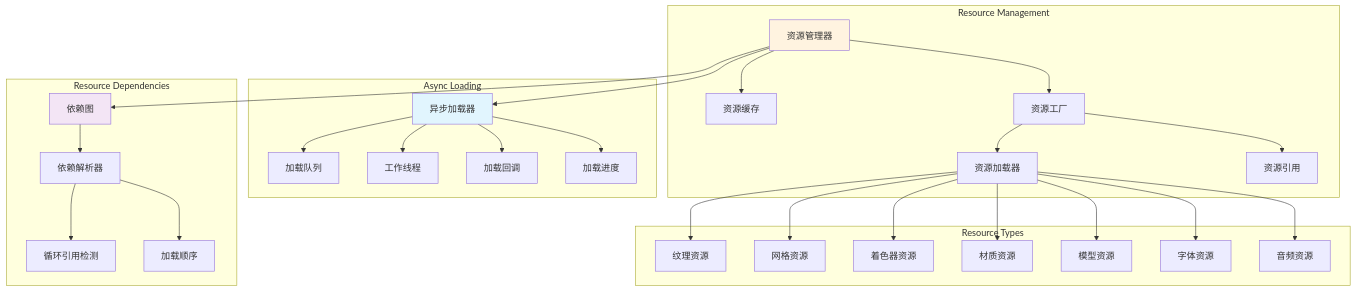
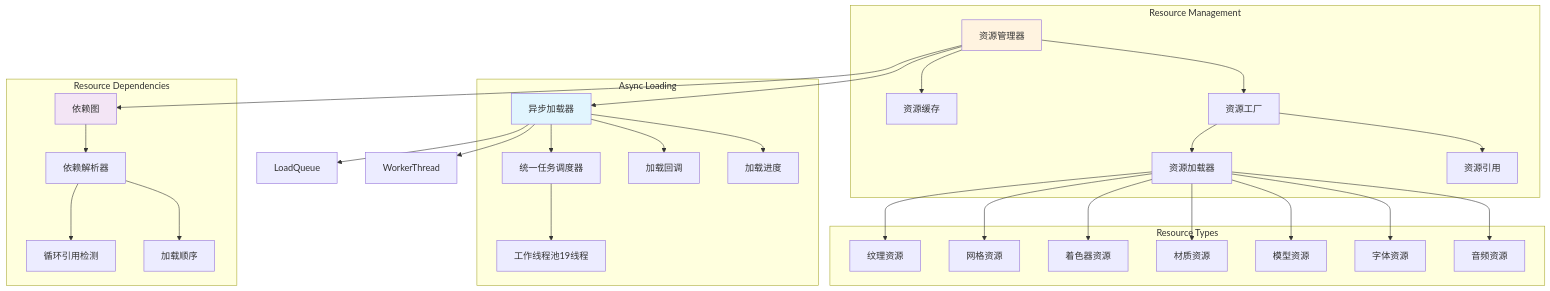
One commit to Linductor-alkaid/render changed the fourth of 12 diagrams in docs/PROJECT_STRUCTURE_DIAGRAM.md. Above: the diagram before and after it, drawn with Mermaid. The commit also changed other lines of this file and 6 other files, not shown here.

````diff
--- a/docs/PROJECT_STRUCTURE_DIAGRAM.md
+++ b/docs/PROJECT_STRUCTURE_DIAGRAM.md
@@ -311,64 +316,66 @@
 ```mermaid
 graph TB
     subgraph "Resource Management"
         ResourceManager[资源管理器]
         ResourceCache[资源缓存]
         ResourceFactory[资源工厂]
         ResourceLoader[资源加载器]
         ResourceRef[资源引用]
     end
 
     subgraph "Resource Types"
         TextureResource[纹理资源]
         MeshResource[网格资源]
         ShaderResource[着色器资源]
         MaterialResource[材质资源]
         ModelResource[模型资源]
         FontResource[字体资源]
         AudioResource[音频资源]
     end
 
     subgraph "Async Loading"
         AsyncLoader[异步加载器]
-        LoadQueue[加载队列]
-        WorkerThread[工作线程]
+        TaskScheduler[统一任务调度器]
         LoadCallback[加载回调]
         LoadProgress[加载进度]
+        
+        AsyncLoader --> TaskScheduler
+        TaskScheduler --> WorkerThreadPool[工作线程池19线程]
     end
 
     subgraph "Resource Dependencies"
         DependencyGraph[依赖图]
         DependencyResolver[依赖解析器]
         CircularReferenceDetector[循环引用检测]
         LoadOrder[加载顺序]
     end
 
     ResourceManager --> ResourceCache
     ResourceManager --> ResourceFactory
     ResourceManager --> AsyncLoader
 
     ResourceFactory --> ResourceLoader
     ResourceFactory --> ResourceRef
 
     ResourceLoader --> TextureResource
     ResourceLoader --> MeshResource
     ResourceLoader --> ShaderResource
     ResourceLoader --> MaterialResource
     ResourceLoader --> ModelResource
     ResourceLoader --> FontResource
     ResourceLoader --> AudioResource
 
     AsyncLoader --> LoadQueue
     AsyncLoader --> WorkerThread
     AsyncLoader --> LoadCallback
     AsyncLoader --> LoadProgress
 
     ResourceManager --> DependencyGraph
     DependencyGraph --> DependencyResolver
     DependencyResolver --> CircularReferenceDetector
     DependencyResolver --> LoadOrder
 
     style ResourceManager fill:#fff3e0
     style AsyncLoader fill:#e1f5fe
     style DependencyGraph fill:#f3e5f5
 ```
````
